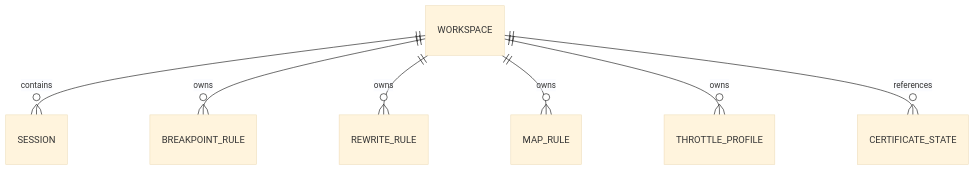
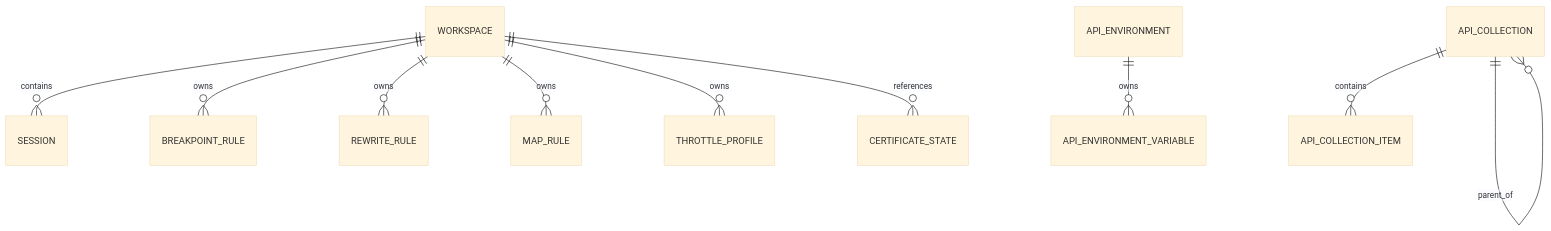
The third of 3 diagrams in docs/ARCHITECTURE.md (small-dream/AIProxy), drawn with Mermaid (base theme) before and after one commit. The commit also changed other lines of this file and 16 other files, not shown here.

Commit message:
Improve collection environment feature

````diff
--- a/docs/ARCHITECTURE.md
+++ b/docs/ARCHITECTURE.md
@@ -376,9 +376,12 @@
 ```mermaid
 erDiagram
     WORKSPACE ||--o{ SESSION : contains
     WORKSPACE ||--o{ BREAKPOINT_RULE : owns
     WORKSPACE ||--o{ REWRITE_RULE : owns
     WORKSPACE ||--o{ MAP_RULE : owns
     WORKSPACE ||--o{ THROTTLE_PROFILE : owns
     WORKSPACE ||--o{ CERTIFICATE_STATE : references
+    API_COLLECTION ||--o{ API_COLLECTION_ITEM : contains
+    API_COLLECTION ||--o{ API_COLLECTION : parent_of
+    API_ENVIRONMENT ||--o{ API_ENVIRONMENT_VARIABLE : owns
 ```
````
